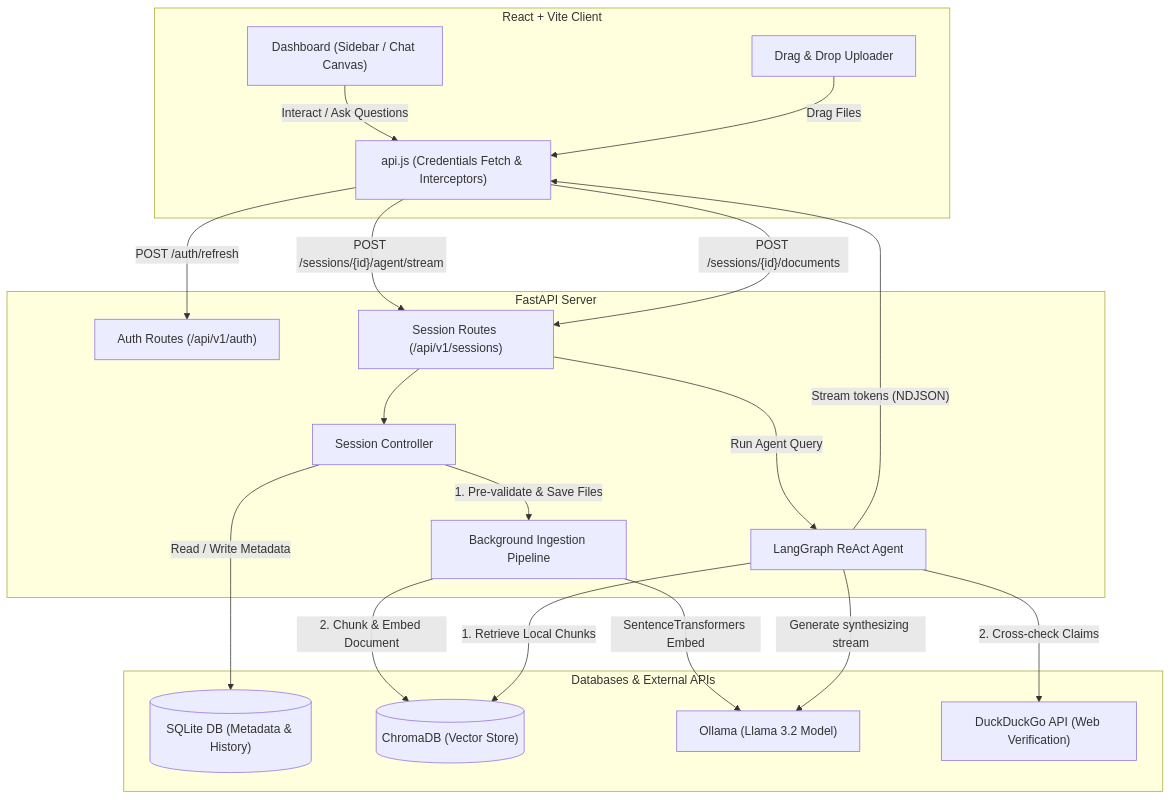
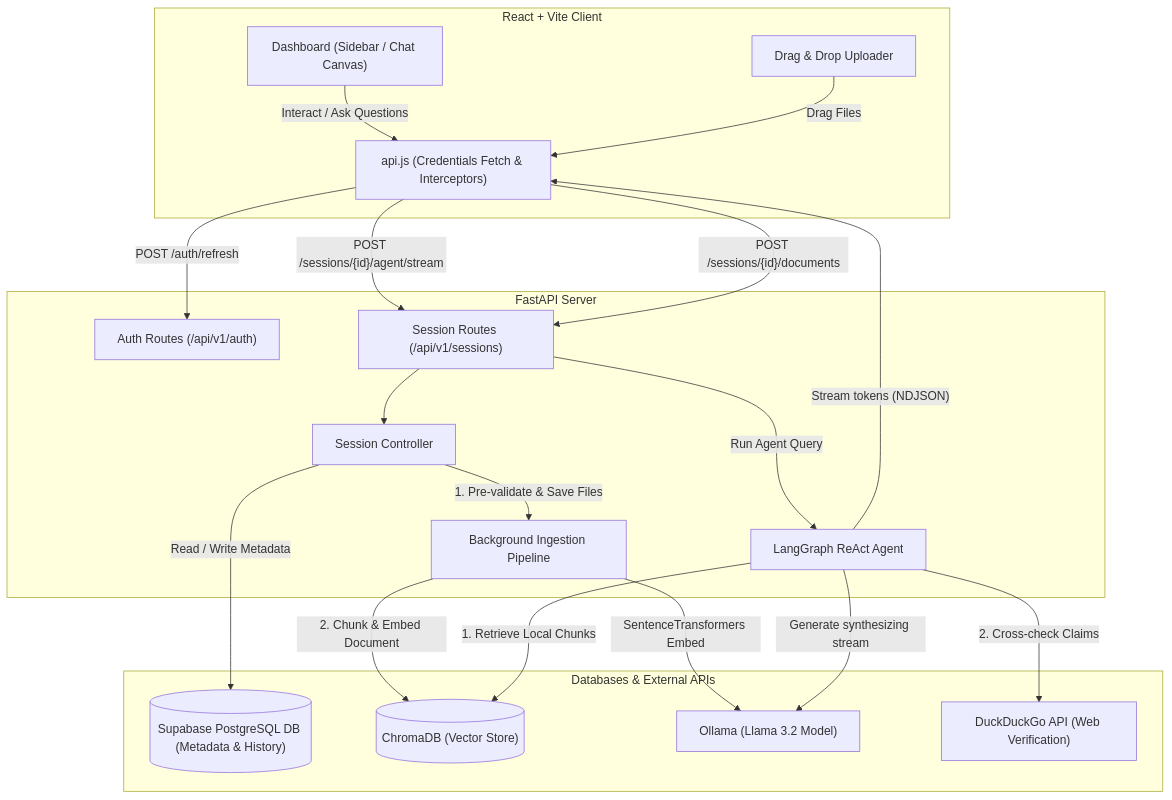
The diagram in README.md (SatyamPrakash09/Lumen), drawn with Mermaid before and after one commit. The commit also changed other lines of this file, not shown here.

Commit message:
docs: update README to reflect Supabase migration

````diff
--- a/README.md
+++ b/README.md
@@ -14,43 +14,43 @@
 ```mermaid
 graph TD
     subgraph Frontend [React + Vite Client]
         UI["Dashboard (Sidebar / Chat Canvas)"]
         API_Client["api.js (Credentials Fetch & Interceptors)"]
         DD_Overlay["Drag & Drop Uploader"]
     end
 
     subgraph Backend [FastAPI Server]
         Auth_Router["Auth Routes (/api/v1/auth)"]
         Session_Router["Session Routes (/api/v1/sessions)"]
         Session_Ctrl["Session Controller"]
         Pipeline["Background Ingestion Pipeline"]
         Agent["LangGraph ReAct Agent"]
     end
 
     subgraph Storage [Databases & External APIs]
-        DB[("SQLite DB (Metadata & History)")]
+        DB[("Supabase PostgreSQL DB (Metadata & History)")]
         Chroma[("ChromaDB (Vector Store)")]
         Ollama["Ollama (Llama 3.2 Model)"]
         Web["DuckDuckGo API (Web Verification)"]
     end
 
     UI -->|"Interact / Ask Questions"| API_Client
     DD_Overlay -->|"Drag Files"| API_Client
     
     API_Client -->|"POST /auth/refresh"| Auth_Router
     API_Client -->|"POST /sessions/{id}/agent/stream"| Session_Router
     API_Client -->|"POST /sessions/{id}/documents"| Session_Router
     
     Session_Router --> Session_Ctrl
     Session_Ctrl -->|"1. Pre-validate & Save Files"| Pipeline
     Session_Ctrl -->|"Read / Write Metadata"| DB
     
     Pipeline -->|"2. Chunk & Embed Document"| Chroma
     Pipeline -->|"SentenceTransformers Embed"| Ollama
     
     Session_Router -->|"Run Agent Query"| Agent
     Agent -->|"1. Retrieve Local Chunks"| Chroma
     Agent -->|"2. Cross-check Claims"| Web
     Agent -->|"Generate synthesizing stream"| Ollama
     Agent -->|"Stream tokens (NDJSON)"| API_Client
 ```
````
